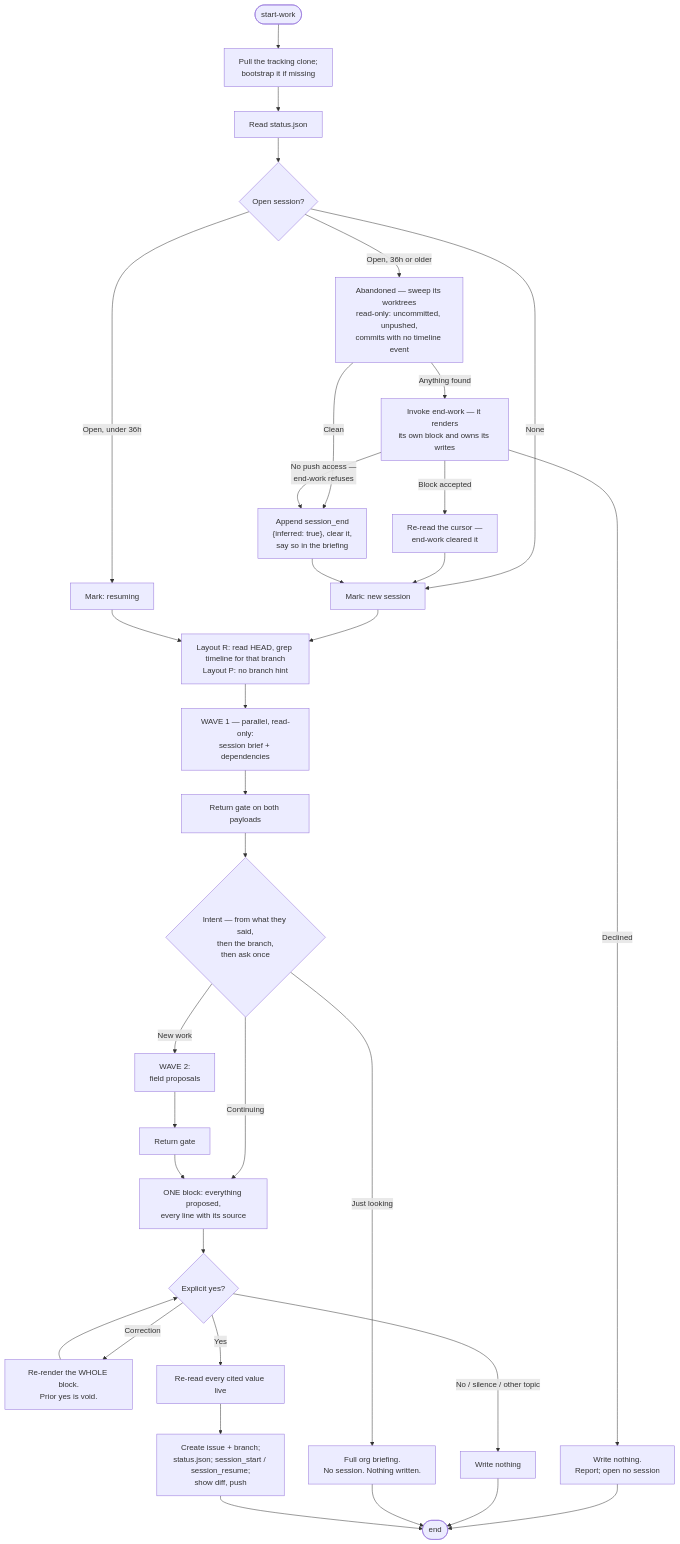
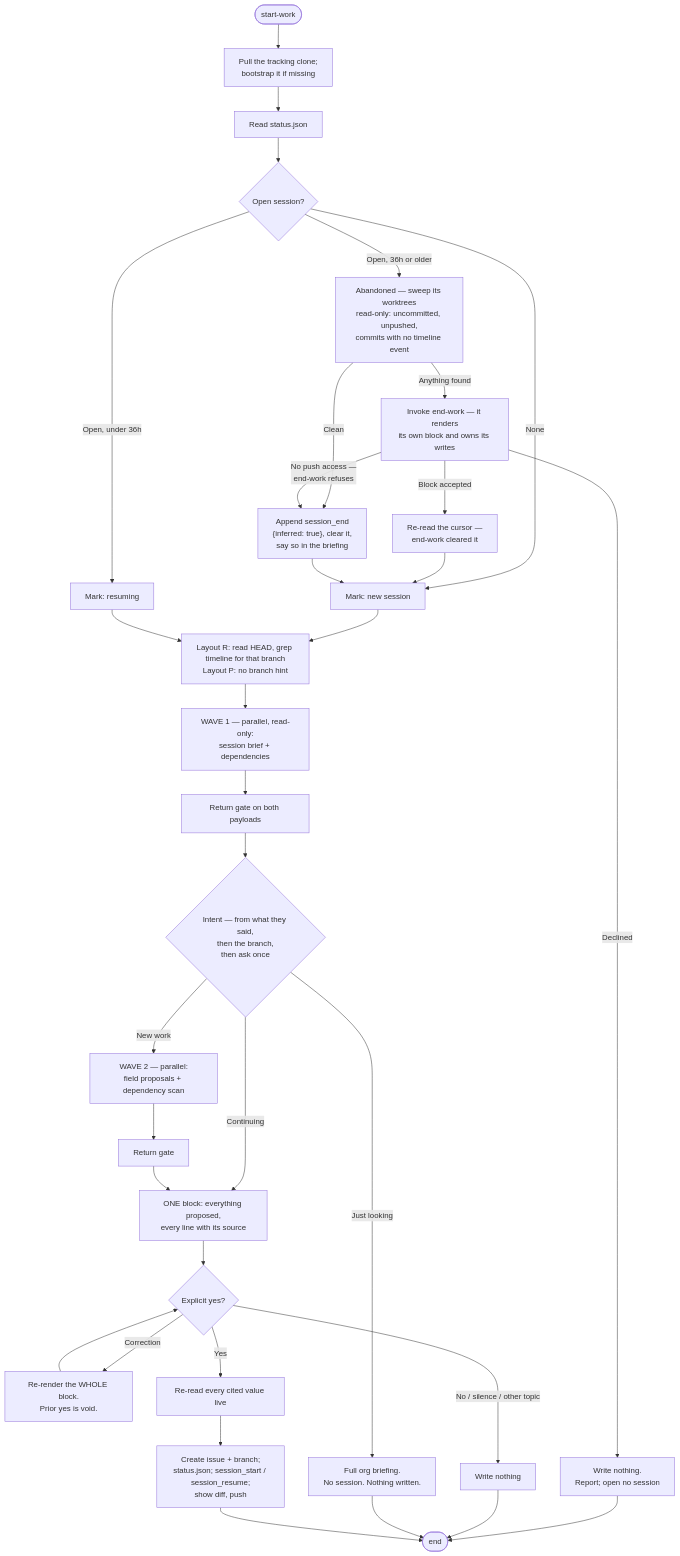
Before and after one commit to alimohammed1624/skills: the diagram in .claude/skills/start-work/SKILL.md, drawn with Mermaid. The commit also changed other lines of this file and 7 other files, not shown here.

````diff
--- a/.claude/skills/start-work/SKILL.md
+++ b/.claude/skills/start-work/SKILL.md
@@ -544,36 +590,36 @@
 ```mermaid
 flowchart TD
     START([start-work]) --> SYNC["Pull the tracking clone;<br/>bootstrap it if missing"]
     SYNC --> READ["Read status.json"]
     READ --> SESS{Open session?}
     SESS -->|None| NEW["Mark: new session"]
     SESS -->|"Open, under 36h"| RES["Mark: resuming"]
     SESS -->|"Open, 36h or older"| SWEEP["Abandoned — sweep its worktrees<br/>read-only: uncommitted, unpushed,<br/>commits with no timeline event"]
     SWEEP -->|Clean| STALE["Append session_end<br/>{inferred: true}, clear it,<br/>say so in the briefing"]
     SWEEP -->|"Anything found"| HANDOFF["Invoke end-work — it renders<br/>its own block and owns its writes"]
     HANDOFF -->|"Block accepted"| REREAD["Re-read the cursor —<br/>end-work cleared it"] --> NEW
     HANDOFF -->|"Declined"| STOP["Write nothing.<br/>Report; open no session"] --> DONE
     HANDOFF -->|"No push access —<br/>end-work refuses"| STALE
     STALE --> NEW
     NEW --> BR
     RES --> BR
     BR["Layout R: read HEAD, grep timeline for that branch<br/>Layout P: no branch hint"] --> W1["WAVE 1 — parallel, read-only:<br/>session brief + dependencies"]
 
     W1 --> GATE1["Return gate on both payloads"]
     GATE1 --> INTENT{Intent — from what they said,<br/>then the branch,<br/>then ask once}
 
     INTENT -->|Continuing| BLOCK
-    INTENT -->|New work| W2["WAVE 2:<br/>field proposals"]
+    INTENT -->|New work| W2["WAVE 2 — parallel:<br/>field proposals + dependency scan"]
     INTENT -->|Just looking| BROWSE["Full org briefing.<br/>No session. Nothing written."]
 
     W2 --> GATE2["Return gate"] --> BLOCK
 
     BLOCK["ONE block: everything proposed,<br/>every line with its source"] --> YES{Explicit yes?}
     YES -->|Correction| REDO["Re-render the WHOLE block.<br/>Prior yes is void."] --> YES
     YES -->|No / silence / other topic| NOTHING["Write nothing"] --> DONE
     YES -->|Yes| RECHECK["Re-read every cited value live"]
     RECHECK --> WRITE["Create issue + branch;<br/>status.json; session_start / session_resume;<br/>show diff, push"]
 
     BROWSE --> DONE([end])
     WRITE --> DONE
 ```
````
